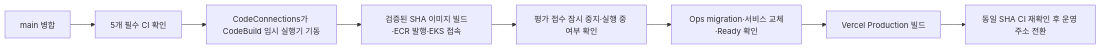
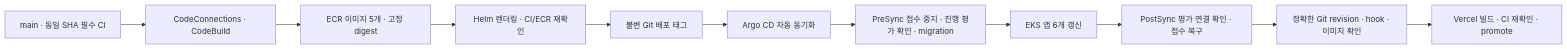
The diagram in infrastructure/eks/continuous-deployment.md (20220348-kim/SKN34-4th-1Team), drawn with Mermaid before and after one commit. The commit also changed other lines of this file and 30 other files, not shown here.

Commit message:
기능: EKS Argo CD 배포 전환과 환경별 전체 구성도 정리

````diff
--- a/infrastructure/eks/continuous-deployment.md
+++ b/infrastructure/eks/continuous-deployment.md
@@ -43,10 +44,13 @@
 ```mermaid
 flowchart LR
-    A[main 병합] --> B[5개 필수 CI 확인]
-    B --> C[CodeConnections가 CodeBuild 임시 실행기 기동]
-    C --> D[검증된 SHA 이미지 빌드·ECR 발행·EKS 접속]
-    D --> E[평가 접수 잠시 중지·실행 중 여부 확인]
-    E --> F[Ops migration·서비스 교체·Ready 확인]
-    F --> G[Vercel Production 빌드]
-    G --> H[동일 SHA CI 재확인 후 운영 주소 전환]
+    A[main · 동일 SHA 필수 CI] --> B[CodeConnections · CodeBuild]
+    B --> C[ECR 이미지 5개 · 고정 digest]
+    C --> D[Helm 렌더링 · CI/ECR 재확인]
+    D --> E[불변 Git 배포 태그]
+    E --> F[Argo CD 자동 동기화]
+    F --> G[PreSync 접수 중지 · 진행 평가 확인 · migration]
+    G --> H[EKS 앱 6개 갱신]
+    H --> I[PostSync 평가 연결 확인 · 접수 복구]
+    I --> J[정확한 Git revision · hook · 이미지 확인]
+    J --> K[Vercel 빌드 · CI 재확인 · promote]
 ```
````
